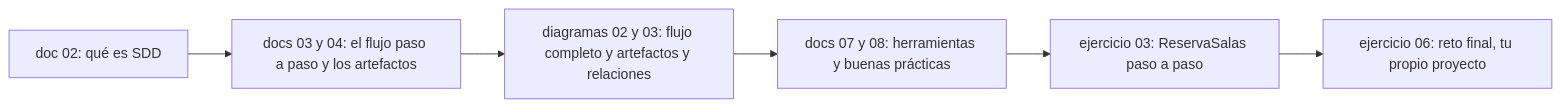
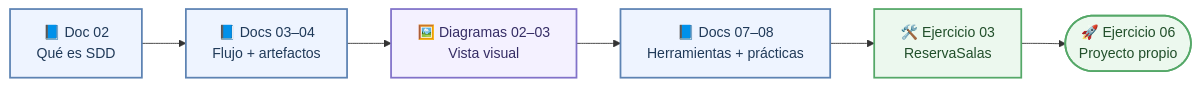
One commit to antroc/charla-sdd changed the fifth of 5 diagrams in diagramas/06-mapa-del-repositorio.md. Above: the diagram before and after it, drawn with Mermaid. The commit also changed other lines of this file and 5 other files, not shown here.

Commit message:
Mejorar visualmente los diagramas Mermaid

````diff
--- a/diagramas/06-mapa-del-repositorio.md
+++ b/diagramas/06-mapa-del-repositorio.md
@@ -122,8 +153,15 @@
 ```mermaid
 flowchart LR
-  a["doc 02: qué es SDD"] --> b["docs 03 y 04: el flujo paso a paso y los artefactos"]
-  b --> c["diagramas 02 y 03: flujo completo y artefactos y relaciones"]
-  c --> d["docs 07 y 08: herramientas y buenas prácticas"]
-  d --> e["ejercicio 03: ReservaSalas paso a paso"]
-  e --> f["ejercicio 06: reto final, tu propio proyecto"]
+  a["📘 Doc 02<br/>Qué es SDD"] --> b["📘 Docs 03–04<br/>Flujo + artefactos"]
+  b --> c["🖼️ Diagramas 02–03<br/>Vista visual"]
+  c --> d["📘 Docs 07–08<br/>Herramientas + prácticas"]
+  d --> e["🛠️ Ejercicio 03<br/>ReservaSalas"]
+  e --> f(["🚀 Ejercicio 06<br/>Proyecto propio"])
+
+  classDef read fill:#EEF4FF,stroke:#5D83B3,stroke-width:2px,color:#203A59;
+  classDef visual fill:#F4F1FF,stroke:#8172C9,stroke-width:2px,color:#352D65;
+  classDef practice fill:#ECF8EE,stroke:#55A868,stroke-width:2px,color:#214F2A;
+  class a,b,d read;
+  class c visual;
+  class e,f practice;
 ```
````
